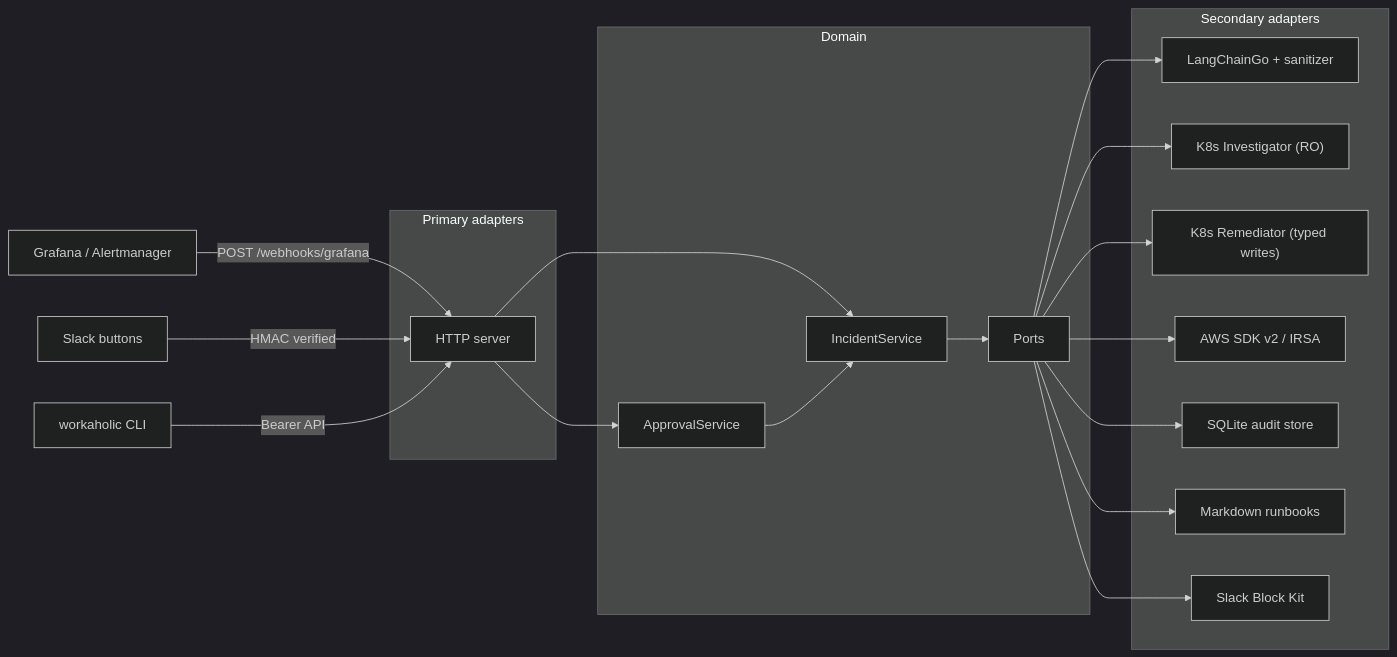
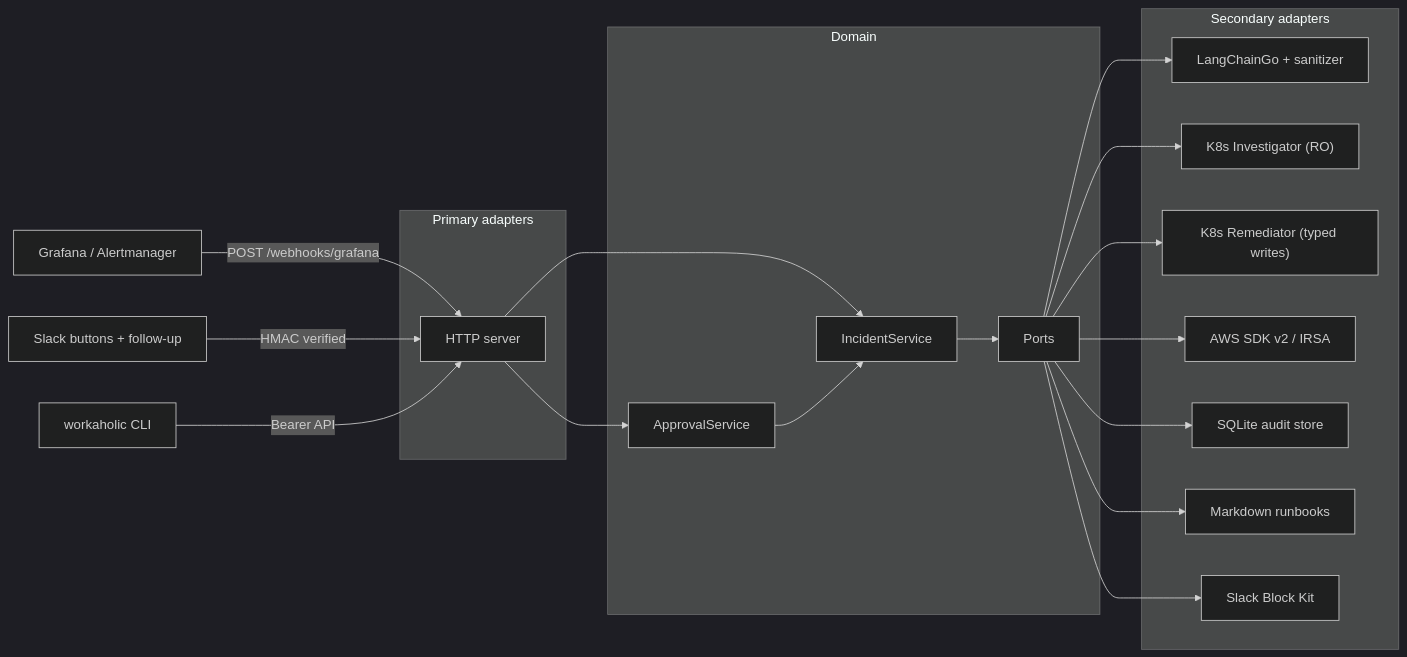
One commit to maisumvictor/workaholic changed the diagram in README.md. Above: the diagram before and after it, drawn with Mermaid (dark theme). The commit also changed other lines of this file and 13 other files, not shown here.

First line of the commit message:
Add interactive Slack investigation follow-up

````diff
--- a/README.md
+++ b/README.md
@@ -13,38 +13,38 @@
 ```mermaid
 flowchart LR
   Grafana["Grafana / Alertmanager"] -->|POST /webhooks/grafana| HTTP
-  SlackUI["Slack buttons"] -->|HMAC verified| HTTP
+  SlackUI["Slack buttons + follow-up"] -->|HMAC verified| HTTP
   CLI["workaholic CLI"] -->|Bearer API| HTTP
 
   subgraph primary [Primary adapters]
     HTTP["HTTP server"]
   end
 
   subgraph core [Domain]
     IS["IncidentService"]
     AS["ApprovalService"]
     P["Ports"]
   end
 
   subgraph secondary [Secondary adapters]
     LLM["LangChainGo + sanitizer"]
     K8sR["K8s Investigator (RO)"]
     K8sW["K8s Remediator (typed writes)"]
     AWS["AWS SDK v2 / IRSA"]
     SQLite["SQLite audit store"]
     RB["Markdown runbooks"]
     Slack["Slack Block Kit"]
   end
 
   HTTP --> IS
   HTTP --> AS
   IS --> P
   AS --> IS
   P --> LLM
   P --> K8sR
   P --> K8sW
   P --> AWS
   P --> SQLite
   P --> RB
   P --> Slack
 ```
````
